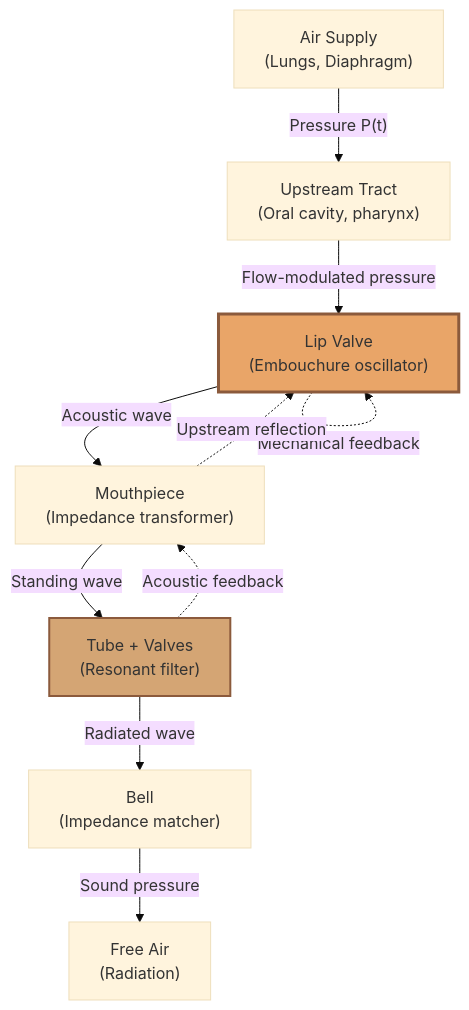
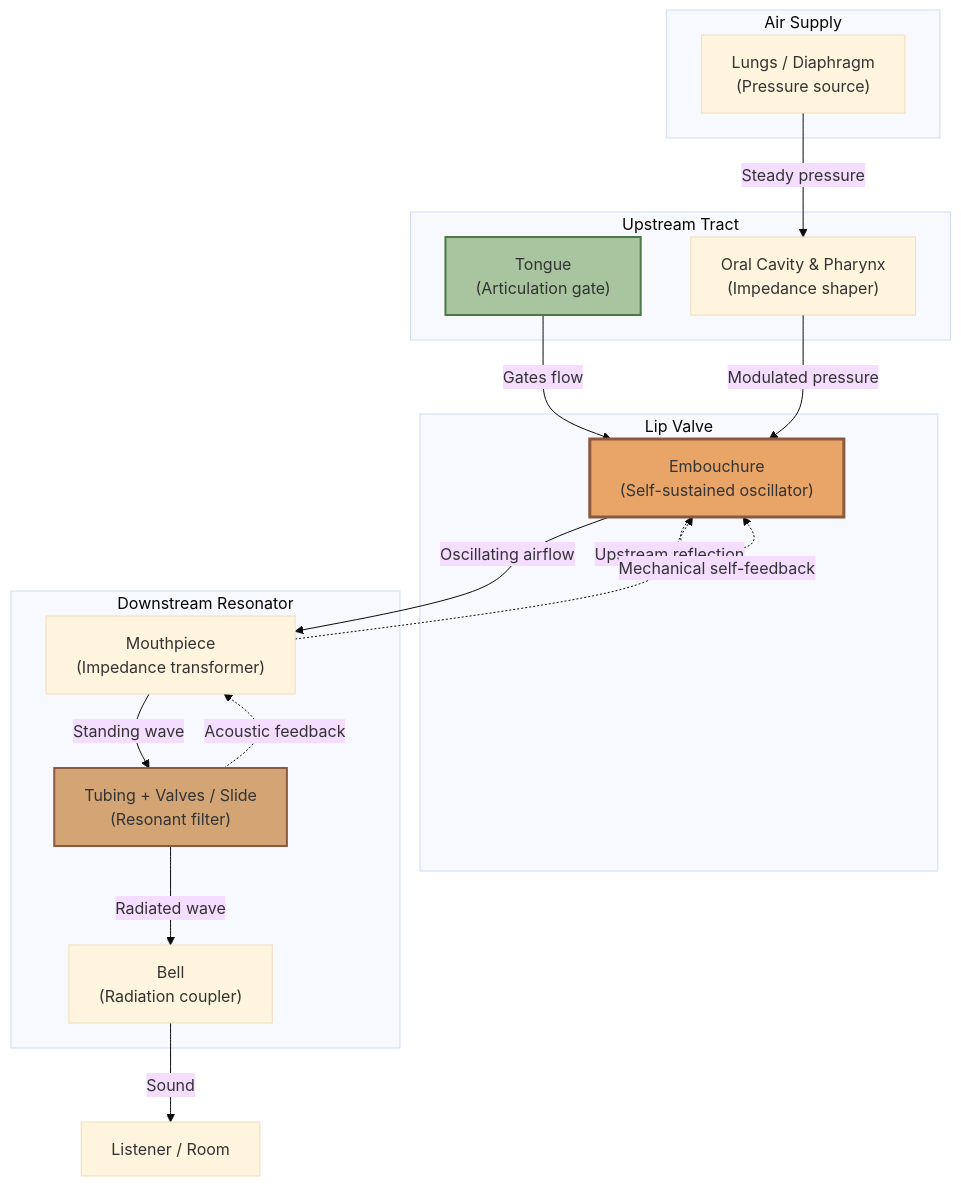
The first of 4 diagrams in topics/arts/music_performance/brass/lesson_02_articulation_and_vibrato.md (blebleblee/synapse), drawn with Mermaid (base theme) before and after one commit. The commit also changed other lines of this file and 4 other files, not shown here.

````diff
--- a/topics/arts/music_performance/brass/lesson_02_articulation_and_vibrato.md
+++ b/topics/arts/music_performance/brass/lesson_02_articulation_and_vibrato.md
@@ -23,16 +15,37 @@
 ```mermaid
 graph TD
-    A["Air Supply<br/>(Lungs, Diaphragm)"] -->|"Pressure P(t)"| B["Upstream Tract<br/>(Oral cavity, pharynx)"]
-    B -->|"Flow-modulated pressure"| C["Lip Valve<br/>(Embouchure oscillator)"]
-    C -->|"Acoustic wave"| D["Mouthpiece<br/>(Impedance transformer)"]
-    D -->|"Standing wave"| E["Tube + Valves<br/>(Resonant filter)"]
-    E -->|"Radiated wave"| F["Bell<br/>(Impedance matcher)"]
-    F -->|"Sound pressure"| G["Free Air<br/>(Radiation)"]
-    
-    C -.->|"Mechanical feedback"| C
-    E -.->|"Acoustic feedback"| D
-    D -.->|"Upstream reflection"| C
-    
-    style C fill:#E9A568,stroke:#8B5A3C,stroke-width:3px
-    style E fill:#D4A574,stroke:#8B5A3C,stroke-width:2px
+    subgraph sub_supply ["Air Supply"]
+        A["Lungs / Diaphragm\n(Pressure source)"]
+    end
+
+    subgraph sub_tract ["Upstream Tract"]
+        B["Oral Cavity & Pharynx\n(Impedance shaper)"]
+        C["Tongue\n(Articulation gate)"]
+    end
+
+    subgraph sub_valve ["Lip Valve"]
+        D["Embouchure\n(Self-sustained oscillator)"]
+    end
+
+    subgraph sub_resonator ["Downstream Resonator"]
+        E["Mouthpiece\n(Impedance transformer)"]
+        F["Tubing + Valves / Slide\n(Resonant filter)"]
+        G["Bell\n(Radiation coupler)"]
+    end
+
+    A -->|"Steady pressure"| B
+    C -->|"Gates flow"| D
+    B -->|"Modulated pressure"| D
+    D -->|"Oscillating airflow"| E
+    E -->|"Standing wave"| F
+    F -->|"Radiated wave"| G
+    G -->|"Sound"| H["Listener / Room"]
+
+    F -.->|"Acoustic feedback"| E
+    E -.->|"Upstream reflection"| D
+    D -.->|"Mechanical self-feedback"| D
+
+    style D fill:#E9A568,stroke:#8B5A3C,stroke-width:3px
+    style F fill:#D4A574,stroke:#8B5A3C,stroke-width:2px
+    style C fill:#A8C5A0,stroke:#4A7A44,stroke-width:2px
 ```
````
